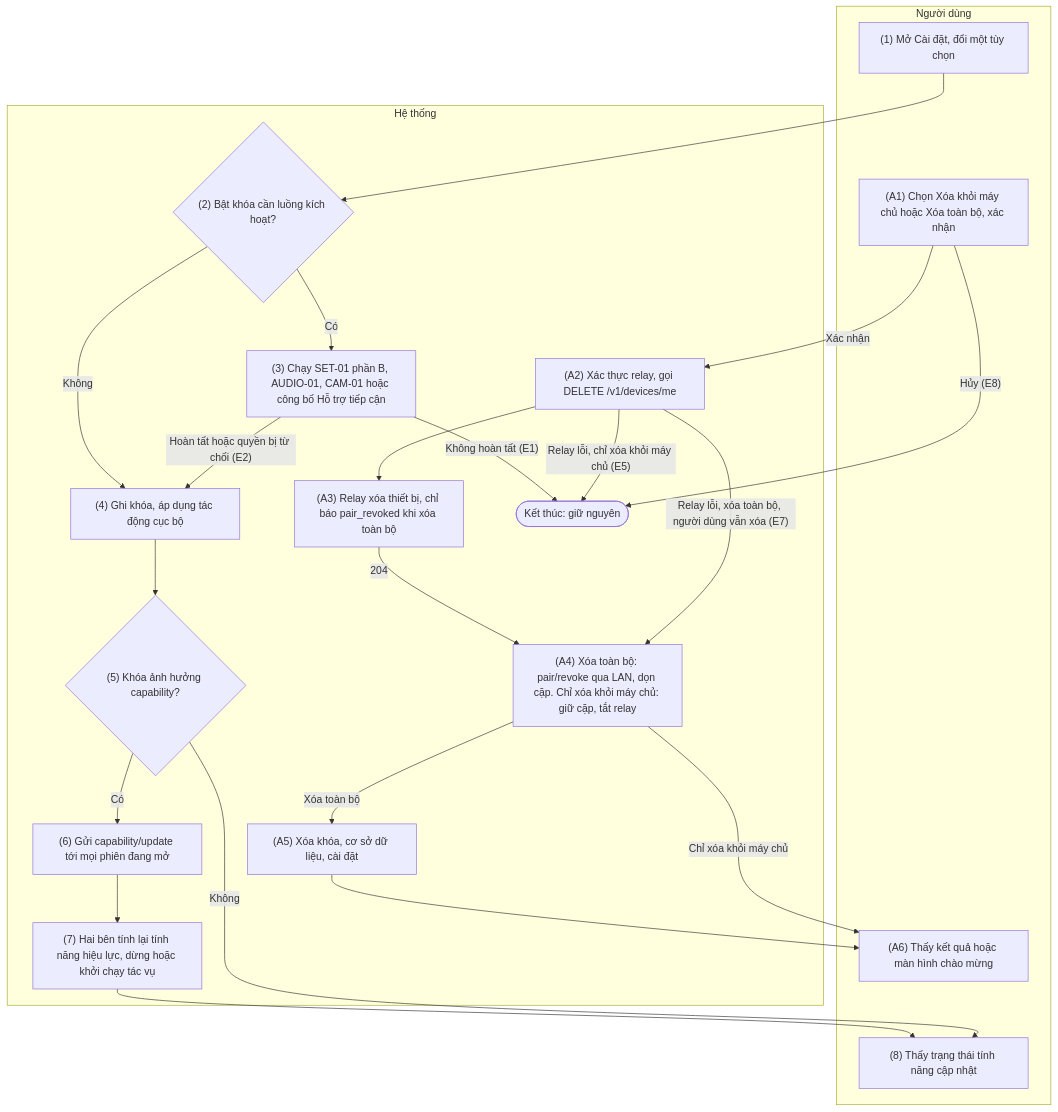
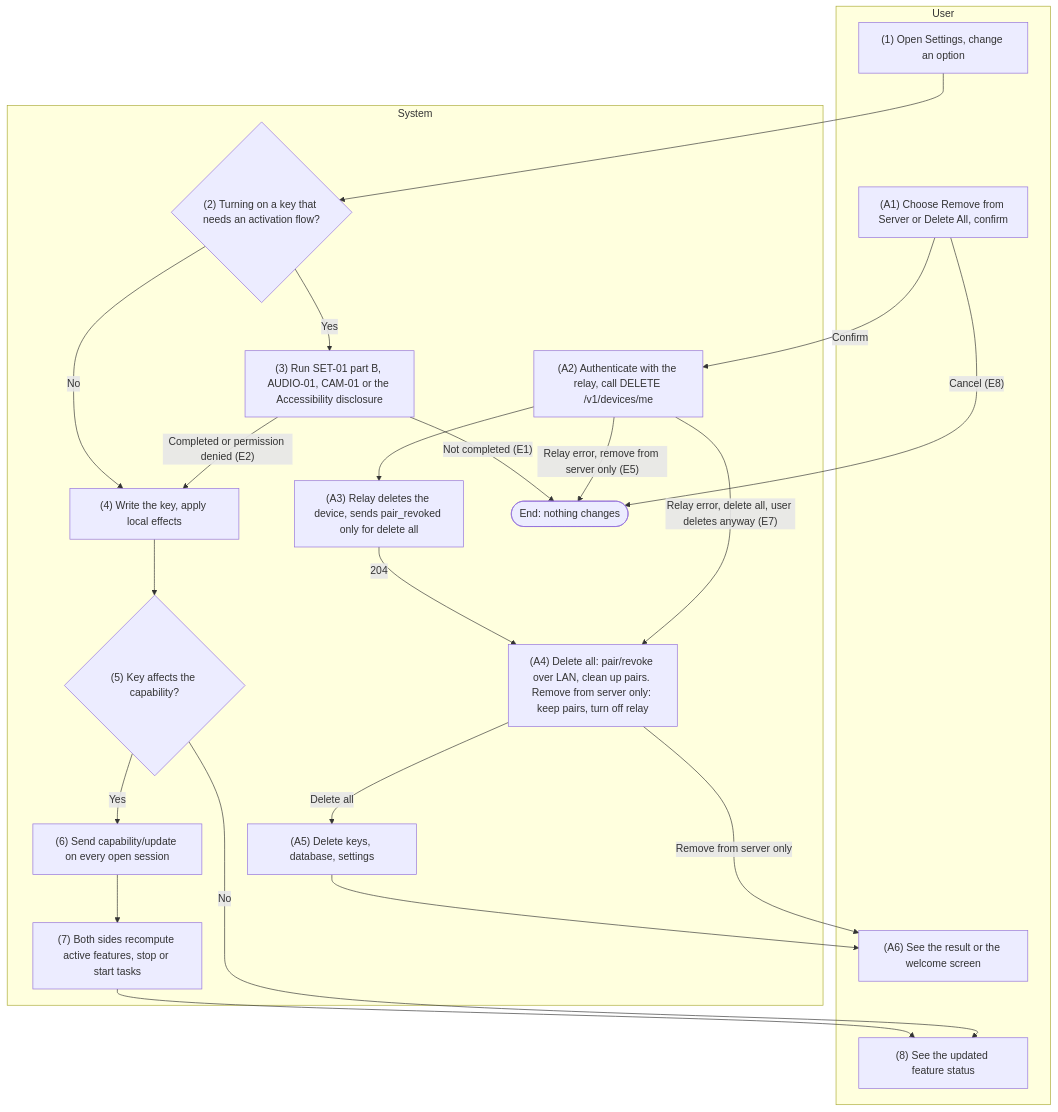
Before and after one commit to HandLive/handlive: the second of 3 diagrams in docs/detailed-design/01-setup-settings.md, drawn with Mermaid. The commit also changed other lines of this file and 1 other file, not shown here.

Commit message:
docs: translate docs/detailed-design/01-setup-settings.md into English

````diff
--- a/docs/detailed-design/01-setup-settings.md
+++ b/docs/detailed-design/01-setup-settings.md
@@ -402,38 +416,38 @@
 ```mermaid
 flowchart TB
-  subgraph ND["Người dùng"]
-    U1["(1) Mở Cài đặt, đổi một tùy chọn"]
-    U8["(8) Thấy trạng thái tính năng cập nhật"]
-    UA1["(A1) Chọn Xóa khỏi máy chủ hoặc Xóa toàn bộ, xác nhận"]
-    UA6["(A6) Thấy kết quả hoặc màn hình chào mừng"]
+  subgraph ND["User"]
+    U1["(1) Open Settings, change an option"]
+    U8["(8) See the updated feature status"]
+    UA1["(A1) Choose Remove from Server or Delete All, confirm"]
+    UA6["(A6) See the result or the welcome screen"]
   end
-  subgraph HT["Hệ thống"]
-    D2{"(2) Bật khóa cần luồng kích hoạt?"}
-    S3["(3) Chạy SET-01 phần B, AUDIO-01, CAM-01 hoặc công bố Hỗ trợ tiếp cận"]
-    S4["(4) Ghi khóa, áp dụng tác động cục bộ"]
-    D5{"(5) Khóa ảnh hưởng capability?"}
-    S6["(6) Gửi capability/update tới mọi phiên đang mở"]
-    S7["(7) Hai bên tính lại tính năng hiệu lực, dừng hoặc khởi chạy tác vụ"]
-    SA2["(A2) Xác thực relay, gọi DELETE /v1/devices/me"]
-    SA3["(A3) Relay xóa thiết bị, chỉ báo pair_revoked khi xóa toàn bộ"]
-    SA4["(A4) Xóa toàn bộ: pair/revoke qua LAN, dọn cặp. Chỉ xóa khỏi máy chủ: giữ cặp, tắt relay"]
-    SA5["(A5) Xóa khóa, cơ sở dữ liệu, cài đặt"]
-    X1(["Kết thúc: giữ nguyên"])
+  subgraph HT["System"]
+    D2{"(2) Turning on a key that needs an activation flow?"}
+    S3["(3) Run SET-01 part B, AUDIO-01, CAM-01 or the Accessibility disclosure"]
+    S4["(4) Write the key, apply local effects"]
+    D5{"(5) Key affects the capability?"}
+    S6["(6) Send capability/update on every open session"]
+    S7["(7) Both sides recompute active features, stop or start tasks"]
+    SA2["(A2) Authenticate with the relay, call DELETE /v1/devices/me"]
+    SA3["(A3) Relay deletes the device, sends pair_revoked only for delete all"]
+    SA4["(A4) Delete all: pair/revoke over LAN, clean up pairs. Remove from server only: keep pairs, turn off relay"]
+    SA5["(A5) Delete keys, database, settings"]
+    X1(["End: nothing changes"])
   end
   U1 --> D2
-  D2 -- "Có" --> S3
-  D2 -- "Không" --> S4
-  S3 -- "Hoàn tất hoặc quyền bị từ chối (E2)" --> S4
-  S3 -- "Không hoàn tất (E1)" --> X1
+  D2 -- "Yes" --> S3
+  D2 -- "No" --> S4
+  S3 -- "Completed or permission denied (E2)" --> S4
+  S3 -- "Not completed (E1)" --> X1
   S4 --> D5
-  D5 -- "Có" --> S6 --> S7 --> U8
-  D5 -- "Không" --> U8
-  UA1 -- "Xác nhận" --> SA2
-  UA1 -- "Hủy (E8)" --> X1
+  D5 -- "Yes" --> S6 --> S7 --> U8
+  D5 -- "No" --> U8
+  UA1 -- "Confirm" --> SA2
+  UA1 -- "Cancel (E8)" --> X1
   SA2 --> SA3
   SA3 -- "204" --> SA4
-  SA2 -- "Relay lỗi, chỉ xóa khỏi máy chủ (E5)" --> X1
-  SA2 -- "Relay lỗi, xóa toàn bộ, người dùng vẫn xóa (E7)" --> SA4
-  SA4 -- "Xóa toàn bộ" --> SA5 --> UA6
-  SA4 -- "Chỉ xóa khỏi máy chủ" --> UA6
+  SA2 -- "Relay error, remove from server only (E5)" --> X1
+  SA2 -- "Relay error, delete all, user deletes anyway (E7)" --> SA4
+  SA4 -- "Delete all" --> SA5 --> UA6
+  SA4 -- "Remove from server only" --> UA6
 ```
````
